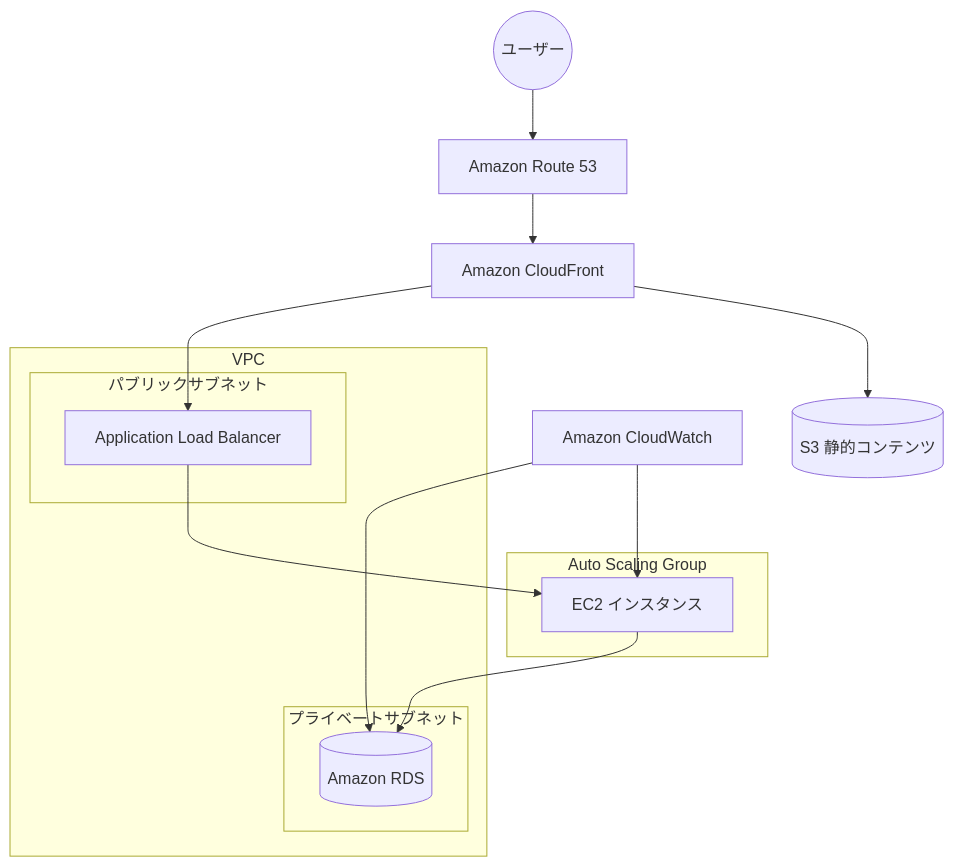
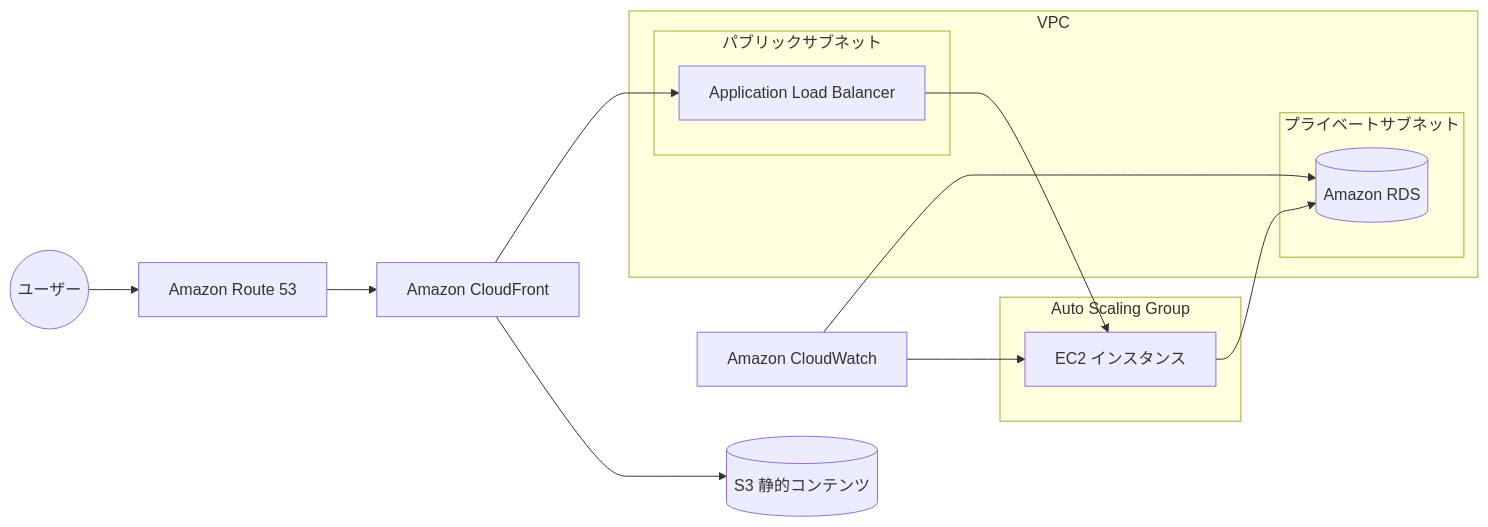
Before and after one commit to nag0yan/amazonq-test2: the diagram in README.md, drawn with Mermaid.

Commit message:
TD -> LR

````diff
--- a/README.md
+++ b/README.md
@@ -10,40 +10,40 @@
 ```mermaid
-graph TD
+graph LR
     %% 外部ユーザー
     User((ユーザー)) --> Route53
     
     %% DNS & CDN
     Route53[Amazon Route 53] --> CloudFront
     CloudFront[Amazon CloudFront] --> ALB
     CloudFront --> S3Static
     
     %% ロードバランサー
     ALB[Application Load Balancer] --> ASG
     
     %% EC2インスタンス
     subgraph "Auto Scaling Group"
         ASG[EC2 インスタンス]
     end
     
     %% データベース
     ASG --> RDS[(Amazon RDS)]
     
     %% 静的コンテンツ
     S3Static[(S3 静的コンテンツ)]
     
     %% VPC設定
     subgraph "VPC"
         subgraph "パブリックサブネット"
             ALB
         end
         
         subgraph "プライベートサブネット"
             ASG
             RDS
         end
     end
     
     %% モニタリング
     CloudWatch[Amazon CloudWatch] --> ASG
     CloudWatch --> RDS
 ```
````
